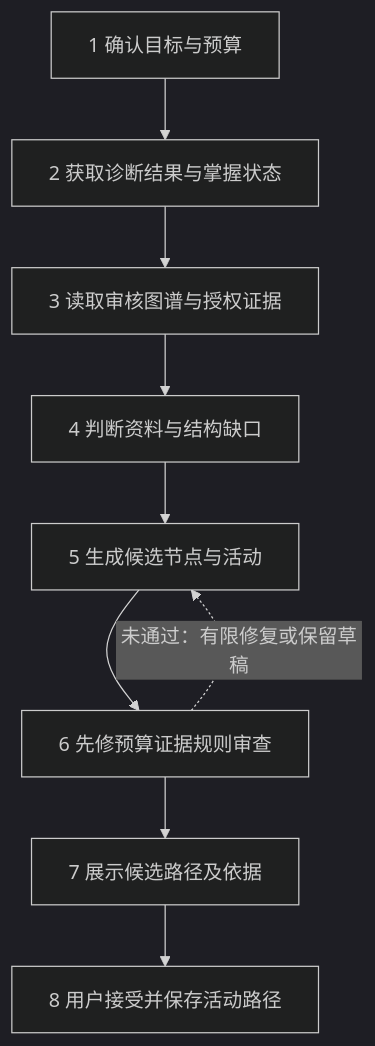
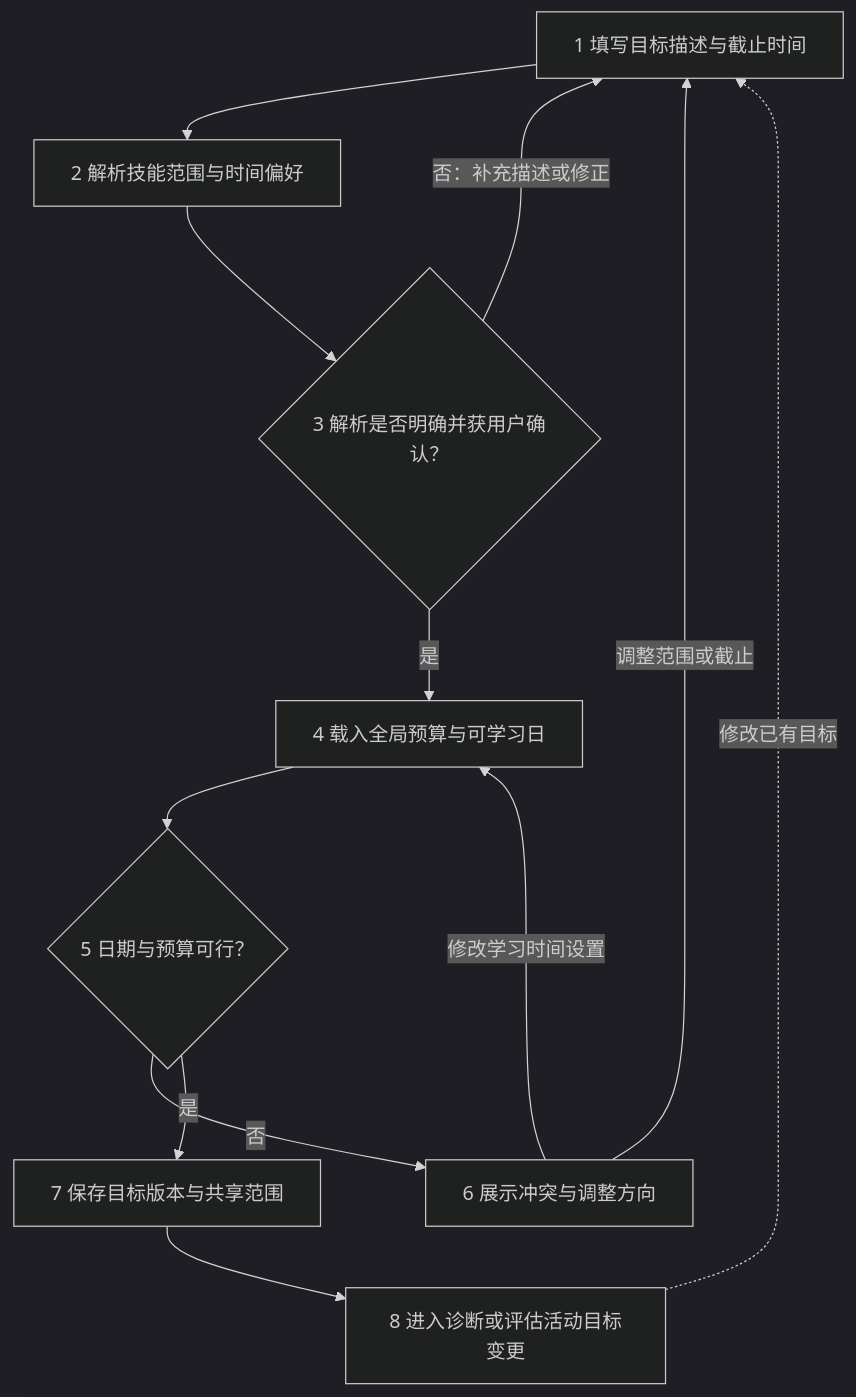
One commit to TIAN-lab300/my-github changed the second of 13 diagrams in 第四周ppt文稿.md. Above: the diagram before and after it, drawn with Mermaid (dark theme). The commit also changed other lines of this file and 98 other files, not shown here.

````diff
--- a/第四周ppt文稿.md
+++ b/第四周ppt文稿.md
@@ -82,11 +161,14 @@
 ```mermaid
 flowchart TD
- A[1 确认目标与预算] --> B[2 获取诊断结果与掌握状态]
- B --> C[3 读取审核图谱与授权证据]
- C --> D[4 判断资料与结构缺口]
- D --> E[5 生成候选节点与活动]
- E --> F[6 先修预算证据规则审查]
- F --> G[7 展示候选路径及依据]
- G --> H[8 用户接受并保存活动路径]
- F -.未通过：有限修复或保留草稿.-> E
+ G1[1 填写目标描述与截止时间] --> G2[2 解析技能范围与时间偏好]
+ G2 --> G3{3 解析是否明确并获用户确认？}
+ G3 -->|否：补充描述或修正| G1
+ G3 -->|是| G4[4 载入全局预算与可学习日]
+ G4 --> G5{5 日期与预算可行？}
+ G5 -->|否| G6[6 展示冲突与调整方向]
+ G6 -->|调整范围或截止| G1
+ G6 -->|修改学习时间设置| G4
+ G5 -->|是| G7[7 保存目标版本与共享范围]
+ G7 --> G8[8 进入诊断或评估活动目标变更]
+ G8 -.修改已有目标.-> G1
 ```
````
